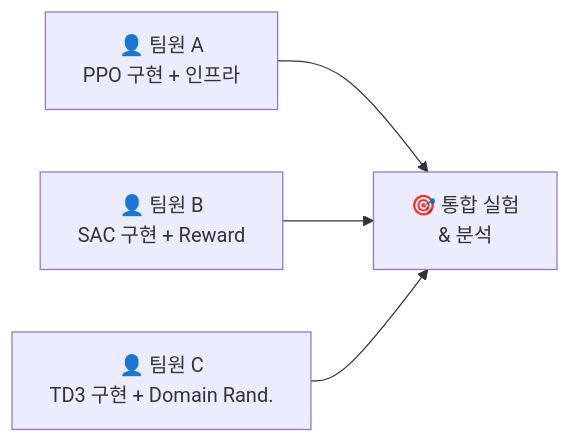
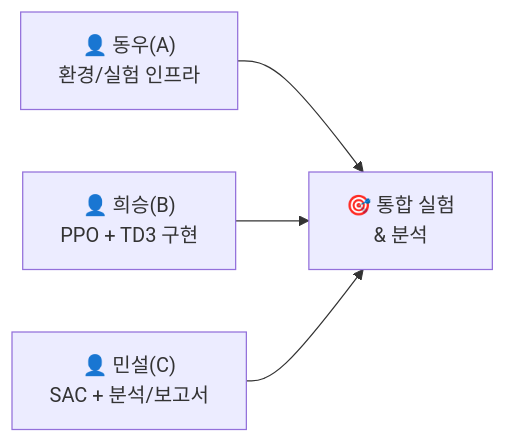
Before and after one commit to shin-dw/rl-mujoco-proejct: the diagram in project_proposal.md, drawn with Mermaid. The commit also changed other lines of this file and 5 other files, not shown here.

Commit message:
feat: 평가/시각화 파이프라인 구축 및 역할 분담 문서 정비 [인프라] - scripts/eval_all.py: 전체 실험 일괄 평가 → summary.csv - scripts/plot_results.py: 4종 그래프 자동 생성 (학습곡선, 바차트, RS, DR) [문서] - 역할 재편성: A(인프라), B(PPO+TD3), C(SAC+보고서) - 문서 네비게이션 통일 + roadmap 현황 요약 추가 - daily-report-sdw.md 추가

````diff
--- a/project_proposal.md
+++ b/project_proposal.md
@@ -131,6 +130,6 @@
 ```mermaid
 graph LR
-    A["👤 팀원 A<br/>PPO 구현 + 인프라"] --> D["🎯 통합 실험<br/>& 분석"]
-    B["👤 팀원 B<br/>SAC 구현 + Reward"] --> D
-    C["👤 팀원 C<br/>TD3 구현 + Domain Rand."] --> D
+    A["👤 동우(A)<br/>환경/실험 인프라"] --> D["🎯 통합 실험<br/>& 분석"]
+    B["👤 희승(B)<br/>PPO + TD3 구현"] --> D
+    C["👤 민설(C)<br/>SAC + 분석/보고서"] --> D
 ```
````
